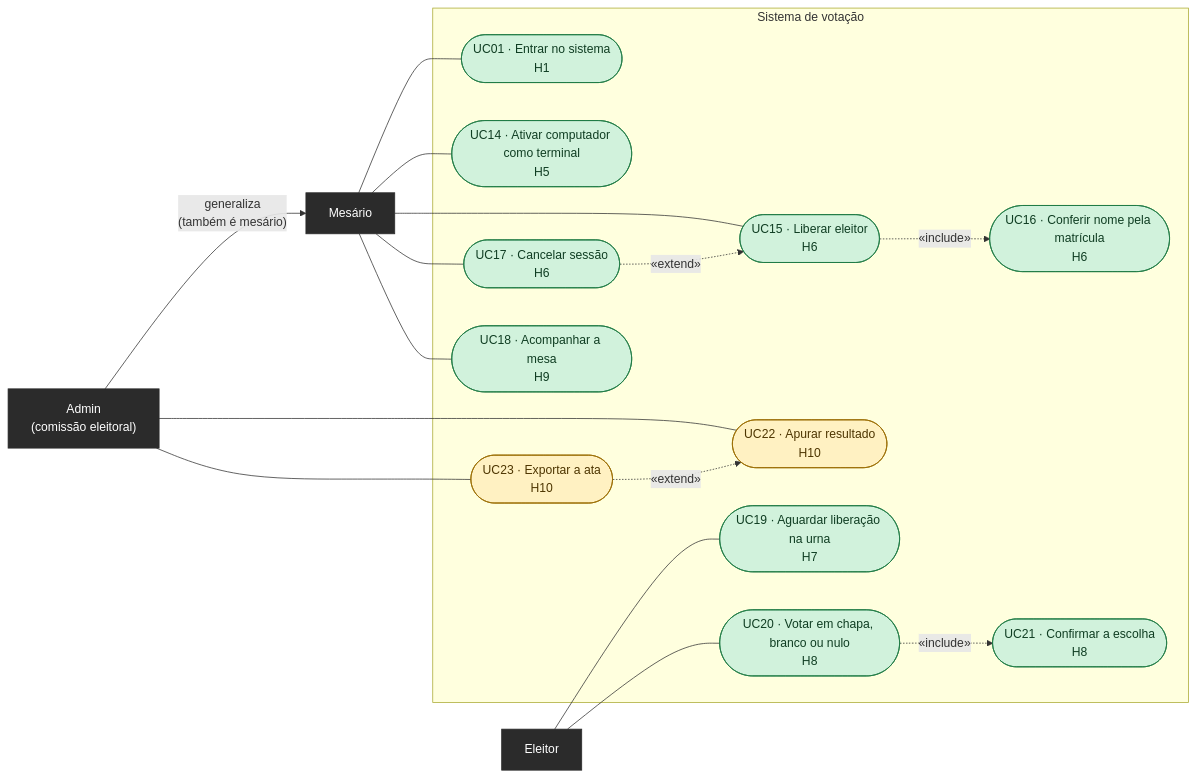
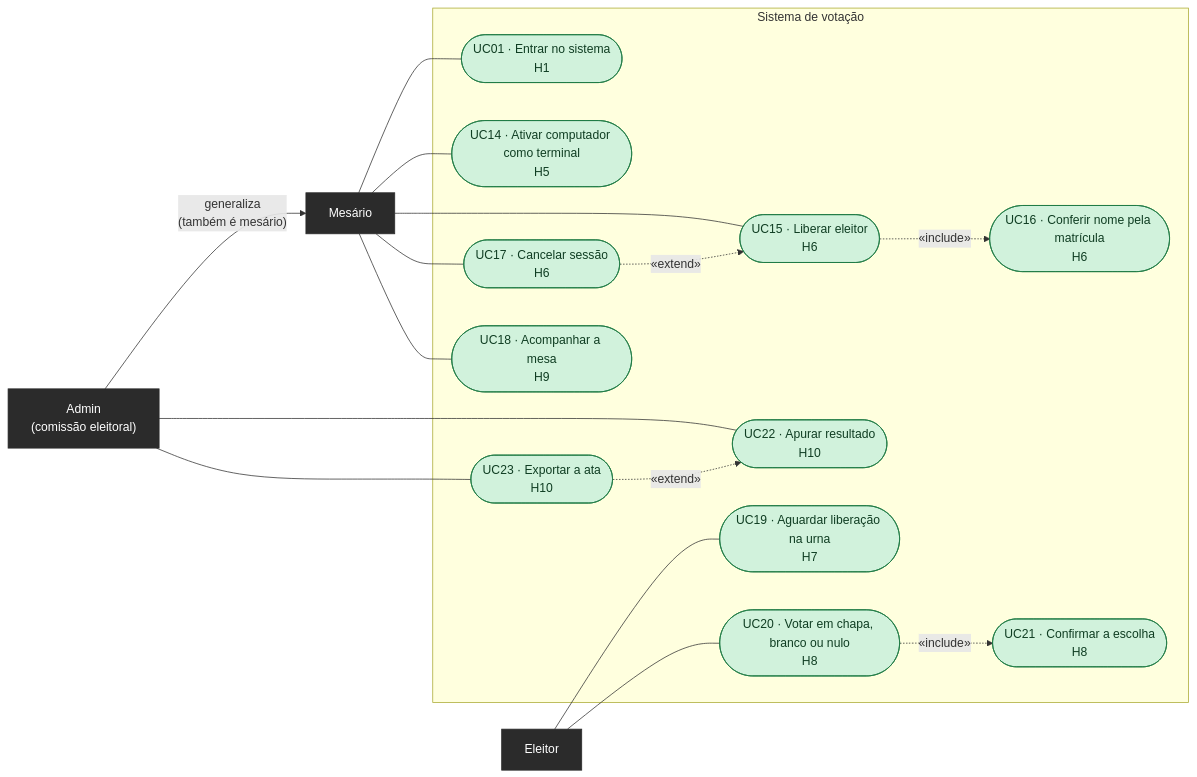
The third of 12 diagrams in docs/DIAGRAMAS.md (prof-ronildo-unicatolica/votacao-digitech), drawn with Mermaid before and after one commit. The commit also changed other lines of this file and 11 other files, not shown here.

````diff
--- a/docs/DIAGRAMAS.md
+++ b/docs/DIAGRAMAS.md
@@ -81,45 +81,45 @@
 ```mermaid
 flowchart LR
     ADM["Admin<br/>(comissão eleitoral)"]:::ator
     MES["Mesário"]:::ator
     ELE["Eleitor"]:::ator
     ADM -- "generaliza<br/>(também é mesário)" --> MES
 
     subgraph SIS["Sistema de votação"]
         UC01(["UC01 · Entrar no sistema<br/>H1"])
         UC14(["UC14 · Ativar computador como terminal<br/>H5"])
         UC15(["UC15 · Liberar eleitor<br/>H6"])
         UC16(["UC16 · Conferir nome pela matrícula<br/>H6"])
         UC17(["UC17 · Cancelar sessão<br/>H6"])
         UC18(["UC18 · Acompanhar a mesa<br/>H9"])
         UC19(["UC19 · Aguardar liberação na urna<br/>H7"])
         UC20(["UC20 · Votar em chapa, branco ou nulo<br/>H8"])
         UC21(["UC21 · Confirmar a escolha<br/>H8"])
         UC22(["UC22 · Apurar resultado<br/>H10"])
         UC23(["UC23 · Exportar a ata<br/>H10"])
     end
 
     MES --- UC01
     MES --- UC14
     MES --- UC15
     MES --- UC17
     MES --- UC18
     ELE --- UC19
     ELE --- UC20
     ADM --- UC22
     ADM --- UC23
 
     UC15 -. "«include»" .-> UC16
     UC17 -. "«extend»" .-> UC15
     UC20 -. "«include»" .-> UC21
     UC23 -. "«extend»" .-> UC22
 
     class UC01,UC14,UC15,UC16,UC17,UC19 feito
     class UC20,UC21 feito
     class UC18 feito
-    class UC22,UC23 revisao
+    class UC22,UC23 feito
     classDef ator fill:#2b2b2b,stroke:#2b2b2b,color:#ffffff
     classDef feito fill:#d1f2dc,stroke:#1e7a44,color:#0f3d22
     classDef revisao fill:#fff1c2,stroke:#9a6b00,color:#4d3500
     classDef afazer fill:#eeeeee,stroke:#8a8a8a,color:#333333
 ```
````
